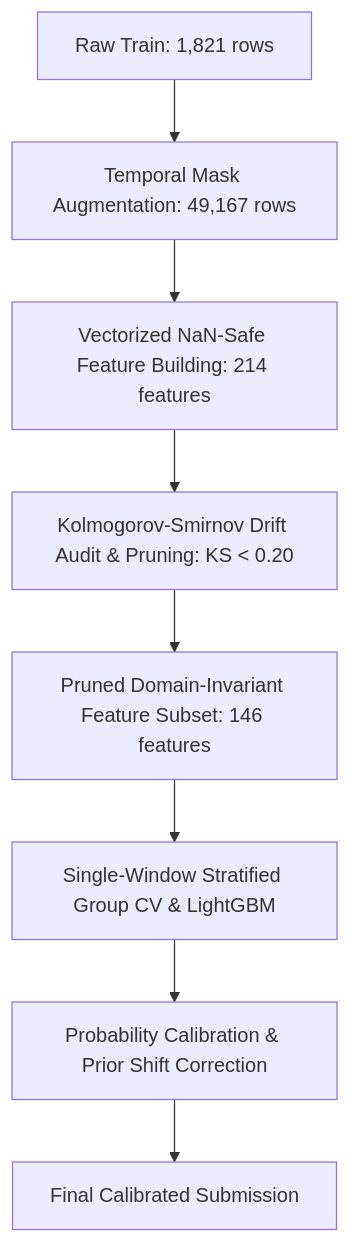
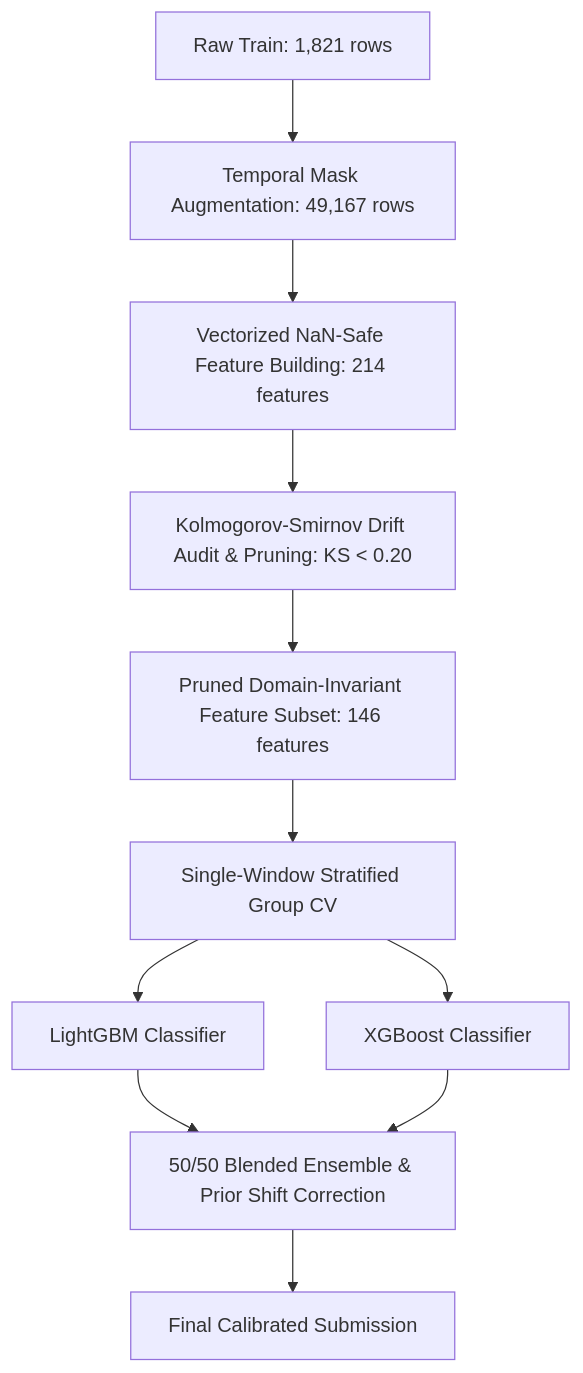
Before and after one commit to Masesee/aquaculture-pond-detection: the diagram in docs/REVISED_CHALLENGE_CONTEXT.md, drawn with Mermaid. The commit also changed other lines of this file and 4 other files, not shown here.

Commit message:
feat(training): add XGBoost pipeline, blended ensemble, unit tests, and updated documentation

````diff
--- a/docs/REVISED_CHALLENGE_CONTEXT.md
+++ b/docs/REVISED_CHALLENGE_CONTEXT.md
@@ -22,10 +22,13 @@
 ```mermaid
 graph TD
     A[Raw Train: 1,821 rows] --> B[Temporal Mask Augmentation: 49,167 rows]
     B --> C[Vectorized NaN-Safe Feature Building: 214 features]
     C --> D[Kolmogorov-Smirnov Drift Audit & Pruning: KS < 0.20]
     D --> E[Pruned Domain-Invariant Feature Subset: 146 features]
-    E --> F[Single-Window Stratified Group CV & LightGBM]
-    F --> G[Probability Calibration & Prior Shift Correction]
-    G --> H[Final Calibrated Submission]
+    E --> F[Single-Window Stratified Group CV]
+    F --> G1[LightGBM Classifier]
+    F --> G2[XGBoost Classifier]
+    G1 --> H[50/50 Blended Ensemble & Prior Shift Correction]
+    G2 --> H
+    H --> I[Final Calibrated Submission]
 ```
````
